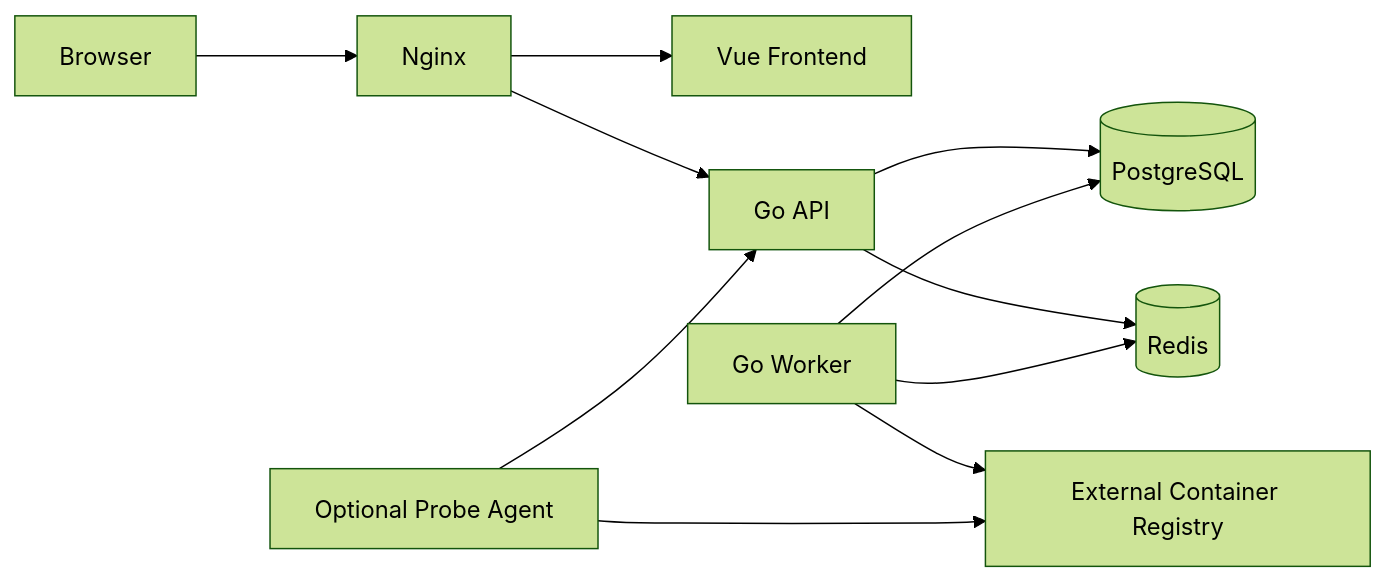
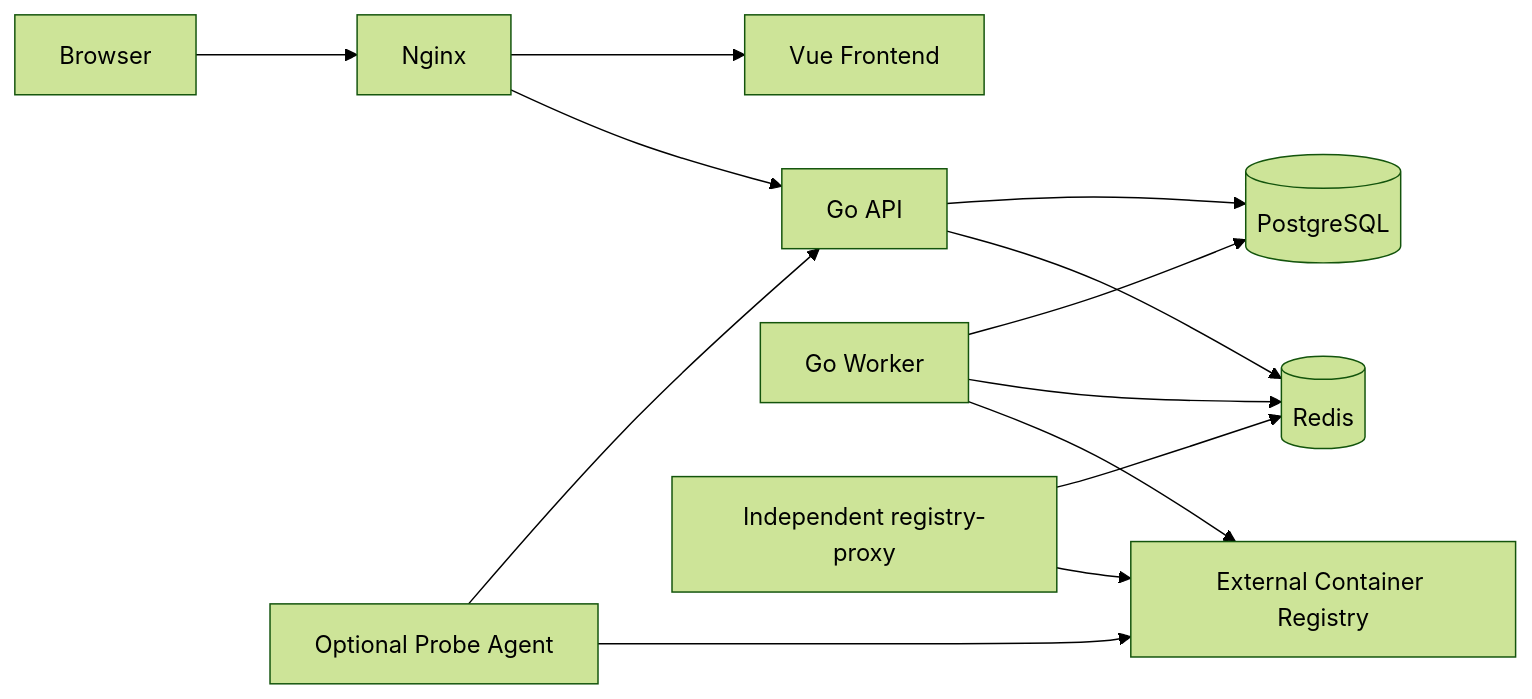
The diagram in README_en.md (ouoo-code/RegistryPulse), drawn with Mermaid (forest theme) before and after one commit. The commit also changed other lines of this file and 31 other files, not shown here.

```diff
--- a/README_en.md
+++ b/README_en.md
@@ -39,13 +39,15 @@
 ~~~mermaid
 flowchart LR
     Browser[Browser] --> Nginx[Nginx]
     Nginx --> Frontend[Vue Frontend]
     Nginx --> API[Go API]
     API --> PostgreSQL[(PostgreSQL)]
     API --> Redis[(Redis)]
     Worker[Go Worker] --> PostgreSQL
     Worker --> Redis
     Worker --> Registry[External Container Registry]
     Agent[Optional Probe Agent] --> API
     Agent --> Registry
+    Proxy[Independent registry-proxy] --> Redis
+    Proxy --> Registry
 ~~~
```
